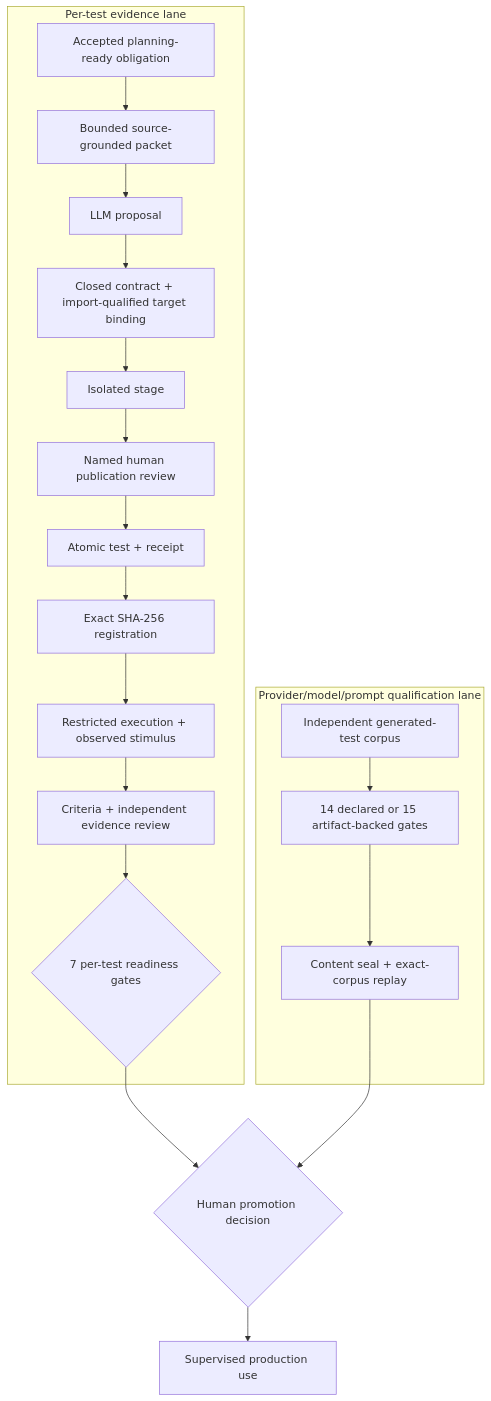
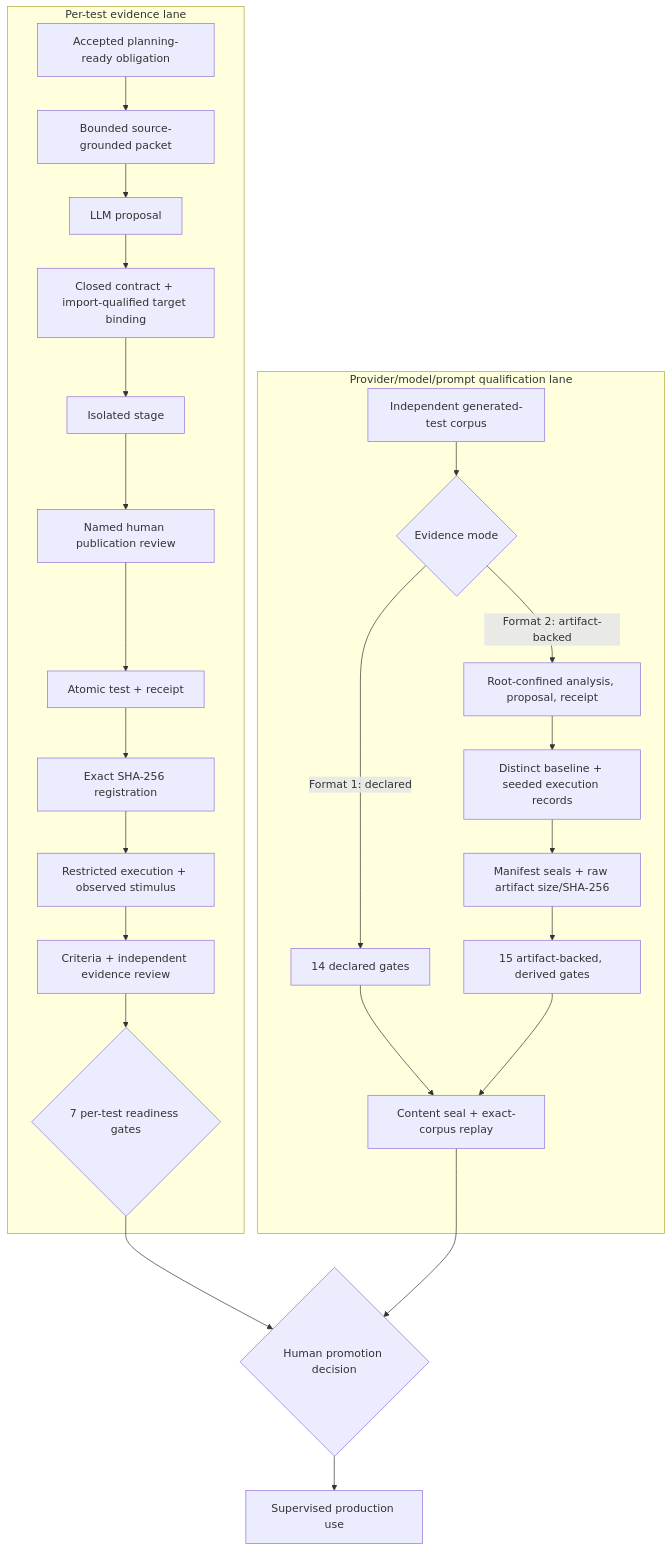
The third of 4 diagrams in README.md (willtran87/project-py-sfmea), drawn with Mermaid before and after one commit. The commit also changed 11 other files, not shown here.

Commit message:
Refresh generated-test documentation and diagrams

````diff
--- a/README.md
+++ b/README.md
@@ -1730,22 +1730,28 @@
 ```mermaid
 flowchart TB
   subgraph TEST["Per-test evidence lane"]
     A["Accepted planning-ready obligation"] --> B["Bounded source-grounded packet"]
     B --> C["LLM proposal"]
     C --> D["Closed contract + import-qualified target binding"]
     D --> E["Isolated stage"]
     E --> F["Named human publication review"]
     F --> G["Atomic test + receipt"]
     G --> H["Exact SHA-256 registration"]
     H --> I["Restricted execution + observed stimulus"]
     I --> J["Criteria + independent evidence review"]
     J --> K{"7 per-test readiness gates"}
   end
   subgraph MODEL["Provider/model/prompt qualification lane"]
-    Q["Independent generated-test corpus"] --> R["14 declared or 15 artifact-backed gates"]
-    R --> S["Content seal + exact-corpus replay"]
+    Q["Independent generated-test corpus"] --> QMODE{"Evidence mode"}
+    QMODE -- "Format 1: declared" --> Q14["14 declared gates"]
+    QMODE -- "Format 2: artifact-backed" --> QART["Root-confined analysis, proposal, receipt"]
+    QART --> QEXE["Distinct baseline + seeded execution records"]
+    QEXE --> QRAW["Manifest seals + raw artifact size/SHA-256"]
+    QRAW --> Q15["15 artifact-backed, derived gates"]
+    Q14 --> QREPLAY["Content seal + exact-corpus replay"]
+    Q15 --> QREPLAY
   end
   K --> P{"Human promotion decision"}
-  S --> P
+  QREPLAY --> P
   P --> U["Supervised production use"]
 ```
````
